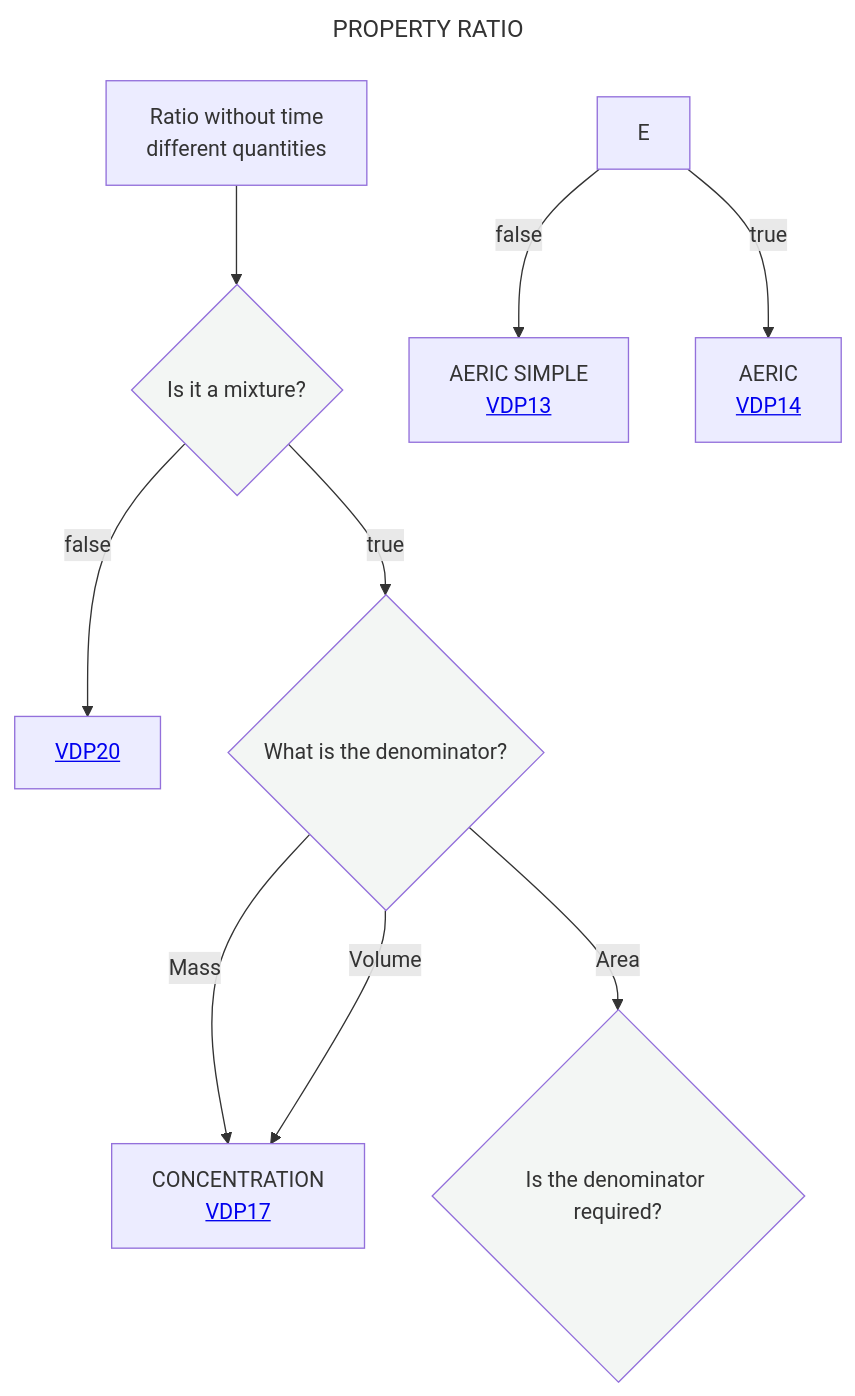
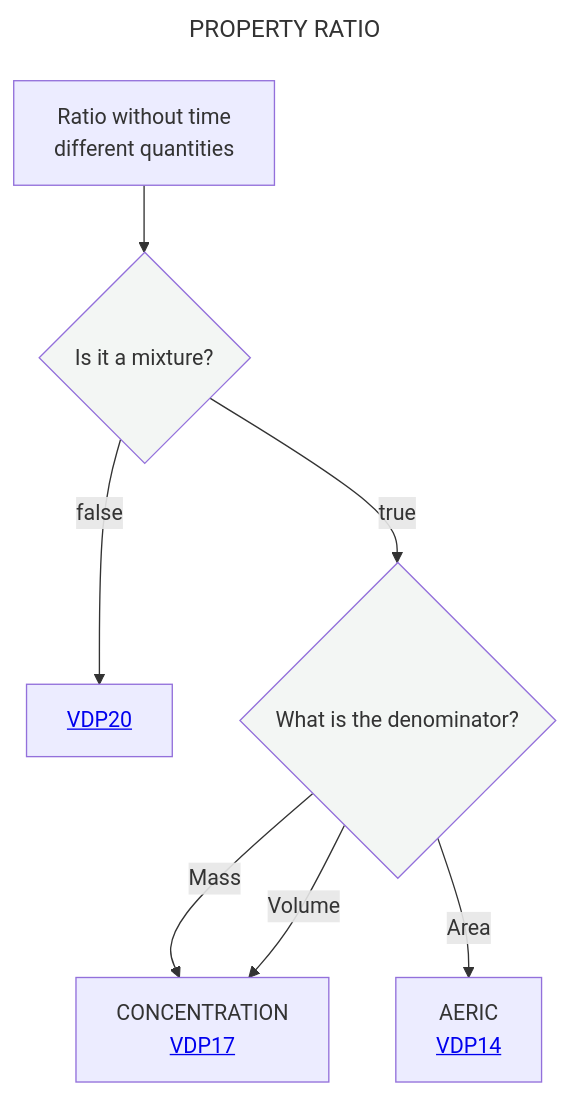
The diagram in Decisition_trees/DT4.mmd (mabablue/I-ADOPT-patterns-playground), drawn with Mermaid before and after one commit.

```diff
--- a/Decisition_trees/DT4.mmd
+++ b/Decisition_trees/DT4.mmd
@@ -1,16 +1,14 @@
 ---
 title: PROPERTY RATIO
 ---
 flowchart TD
     A[Ratio without time <br> different quantities] --> B{Is it a mixture?}:::white
     B --> |false|M[<a href='https://github.com/mabablue/I-ADOPT-patterns-playground/blob/main/pattern/VDP20.yaml'>VDP20</a>]
     B --> |true|D{What is the denominator?}:::white
     D -- Mass --> T[CONCENTRATION <br> <a href='https://github.com/mabablue/I-ADOPT-patterns-playground/blob/main/pattern/VDP17.yaml'>VDP17</a>]
     D -- Volume --> T
-    D -- Area --> C{Is the denominator required?}:::white 
-    E --> |false|V[AERIC SIMPLE <br> <a href='https://github.com/mabablue/I-ADOPT-patterns-playground/blob/main/pattern/VDP13.yaml'>VDP13</a>]
-    E --> |true|X[AERIC <br> <a href='https://github.com/mabablue/I-ADOPT-patterns-playground/blob/main/pattern/VDP14.yaml'>VDP14</a>]
+    D -- Area --> C[AERIC <br> <a href='https://github.com/mabablue/I-ADOPT-patterns-playground/blob/main/pattern/VDP14.yaml'>VDP14</a>]
    classDef blue fill:#90D5FF
    classDef satblue fill:#57B9FF 
    classDef white fill:#f3f6f4
    classDef green fill:#6aa84f
```
